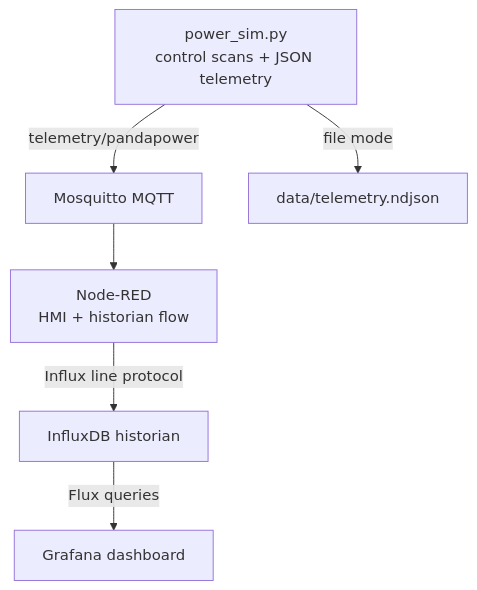
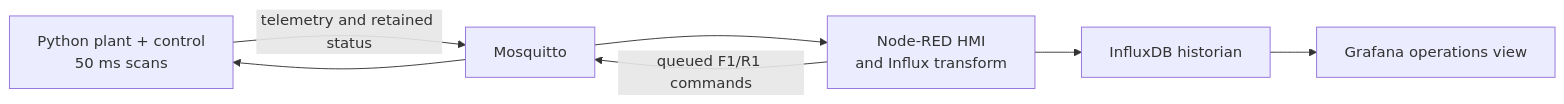
The diagram in README.md (leomedeles/jspX), drawn with Mermaid before and after one commit. The commit also changed other lines of this file and 2 other files, not shown here.

````diff
--- a/README.md
+++ b/README.md
@@ -9,8 +6,9 @@
 ```mermaid
-flowchart TD
-    sim["power_sim.py<br/>control scans + JSON telemetry"] -->|telemetry/pandapower| mqtt["Mosquitto MQTT"]
-    sim -->|file mode| file["data/telemetry.ndjson"]
-    mqtt --> nr["Node-RED<br/>HMI + historian flow"]
-    nr -->|Influx line protocol| influx["InfluxDB historian"]
-    influx -->|Flux queries| grafana["Grafana dashboard"]
+flowchart LR
+    sim["Python plant + control\n50 ms scans"] -->|telemetry and retained status| mqtt["Mosquitto"]
+    mqtt --> nr["Node-RED HMI\nand Influx transform"]
+    nr --> influx["InfluxDB historian"]
+    influx --> grafana["Grafana operations view"]
+    nr -->|queued F1/R1 commands| mqtt
+    mqtt --> sim
 ```
````
